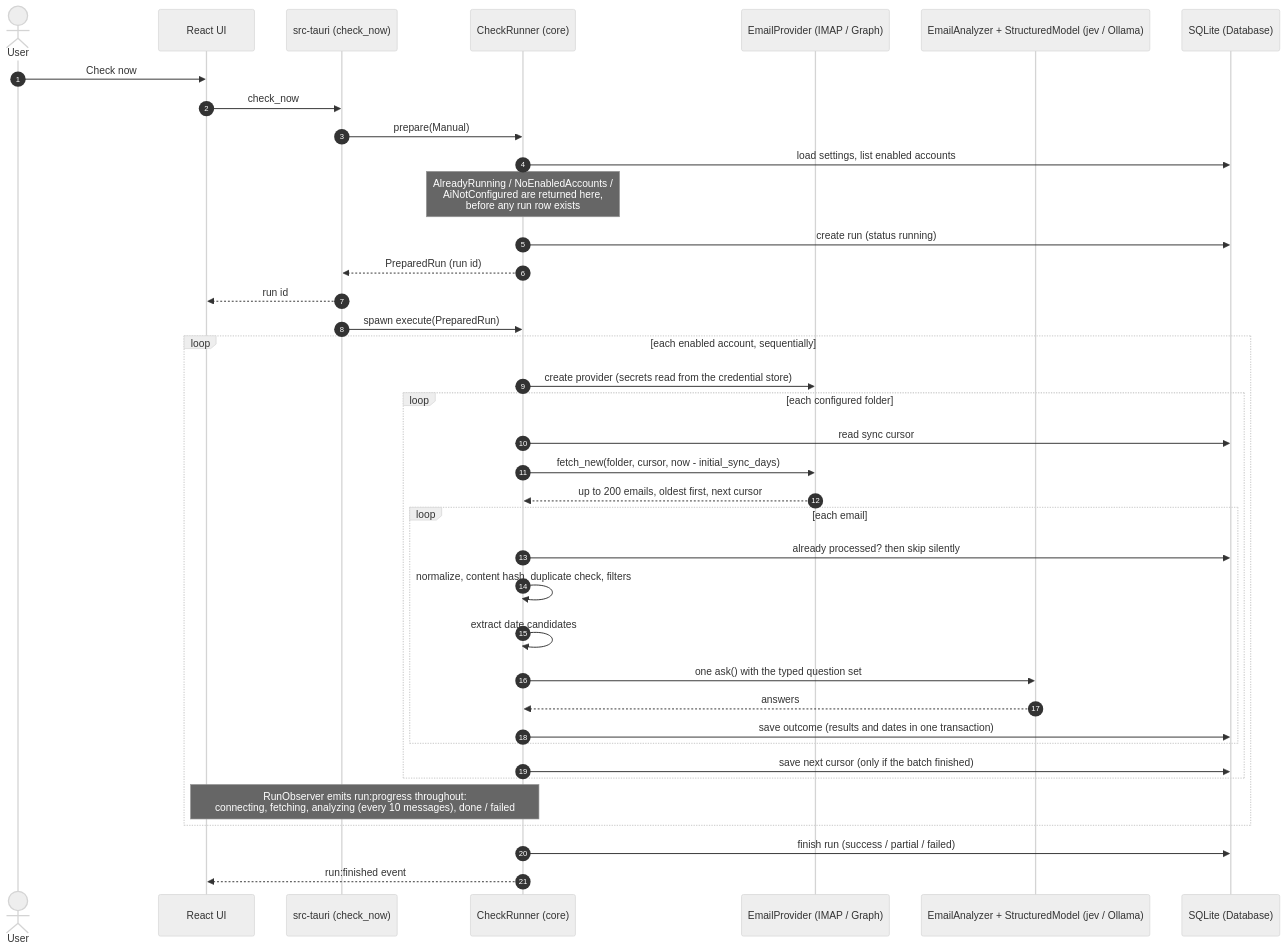
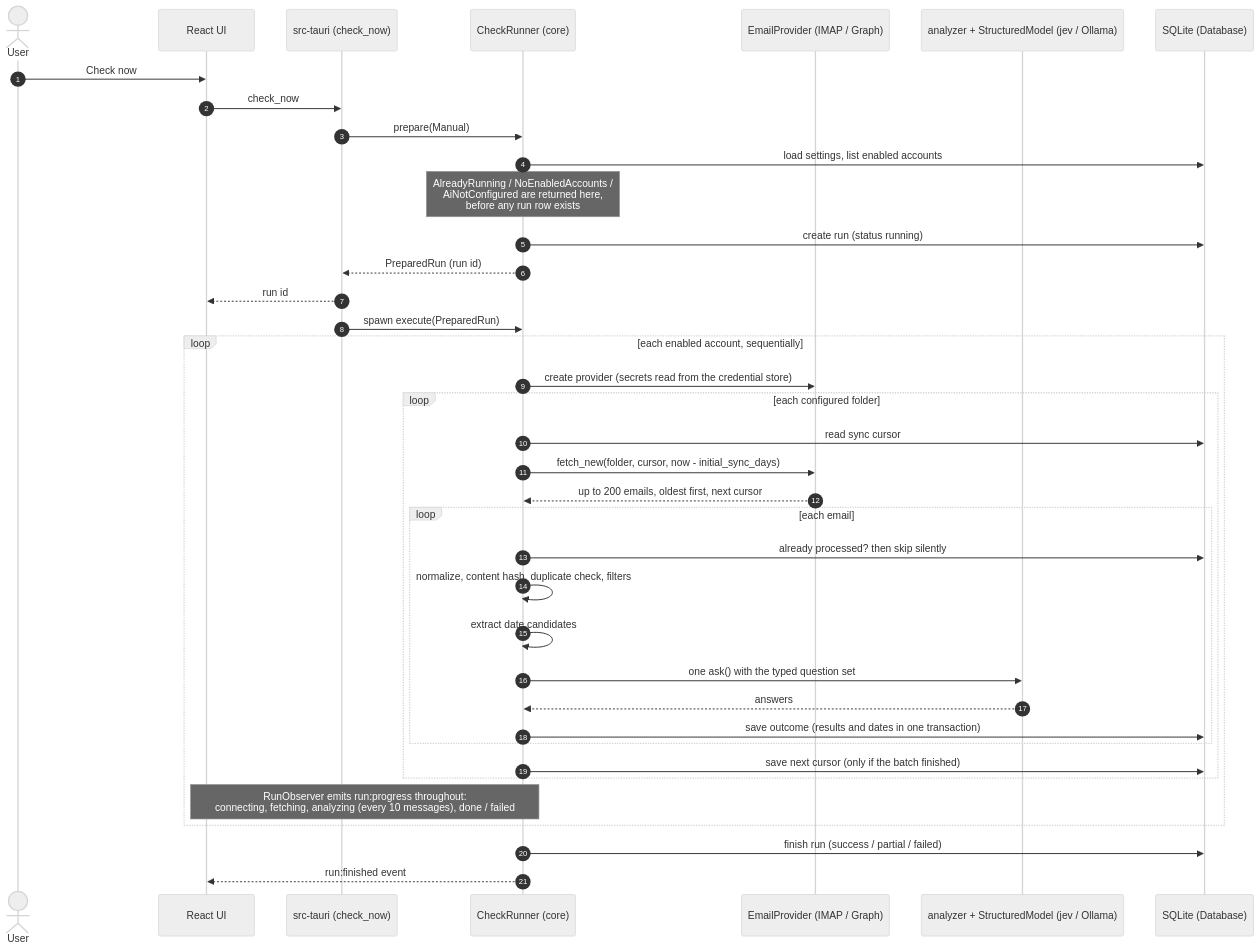
One commit to eaybgui/academic-assistant changed the second of 2 diagrams in docs/architecture.md. Above: the diagram before and after it, drawn with Mermaid (neutral theme). The commit also changed other lines of this file and 16 other files, not shown here.

````diff
--- a/docs/architecture.md
+++ b/docs/architecture.md
@@ -35,41 +35,41 @@
 ```mermaid
 sequenceDiagram
     autonumber
     actor U as User
     participant UI as React UI
     participant T as src-tauri (check_now)
     participant R as CheckRunner (core)
     participant P as EmailProvider (IMAP / Graph)
-    participant A as EmailAnalyzer + StructuredModel (jev / Ollama)
+    participant A as analyzer + StructuredModel (jev / Ollama)
     participant D as SQLite (Database)
 
     U->>UI: Check now
     UI->>T: check_now
     T->>R: prepare(Manual)
     R->>D: load settings, list enabled accounts
     Note over R: AlreadyRunning / NoEnabledAccounts /<br/>AiNotConfigured are returned here,<br/>before any run row exists
     R->>D: create run (status running)
     R-->>T: PreparedRun (run id)
     T-->>UI: run id
     T->>R: spawn execute(PreparedRun)
     loop each enabled account, sequentially
         R->>P: create provider (secrets read from the credential store)
         loop each configured folder
             R->>D: read sync cursor
             R->>P: fetch_new(folder, cursor, now - initial_sync_days)
             P-->>R: up to 200 emails, oldest first, next cursor
             loop each email
                 R->>D: already processed? then skip silently
                 R->>R: normalize, content hash, duplicate check, filters
                 R->>R: extract date candidates
                 R->>A: one ask() with the typed question set
                 A-->>R: answers
                 R->>D: save outcome (results and dates in one transaction)
             end
             R->>D: save next cursor (only if the batch finished)
         end
         Note over R,UI: RunObserver emits run:progress throughout:<br/>connecting, fetching, analyzing (every 10 messages), done / failed
     end
     R->>D: finish run (success / partial / failed)
     R-->>UI: run:finished event
 ```
````
